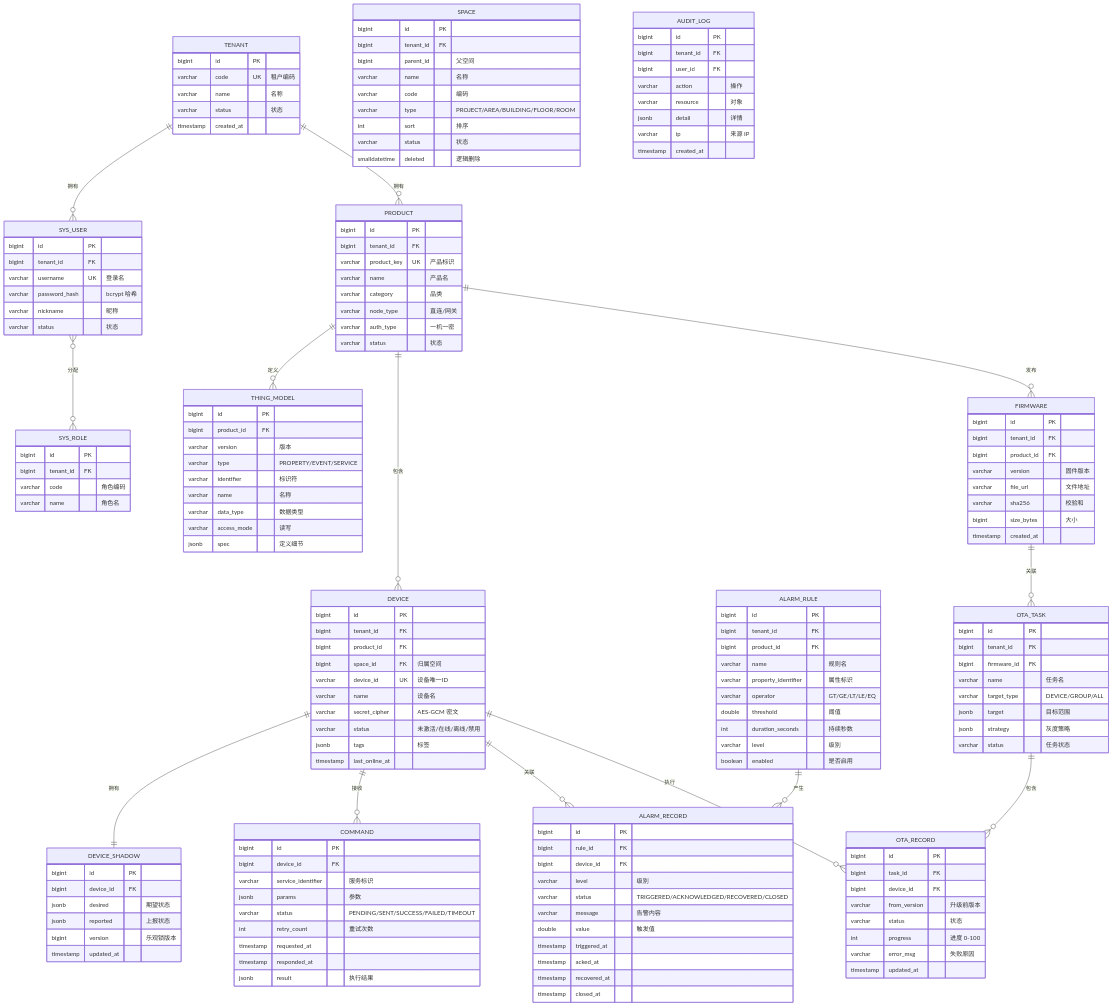
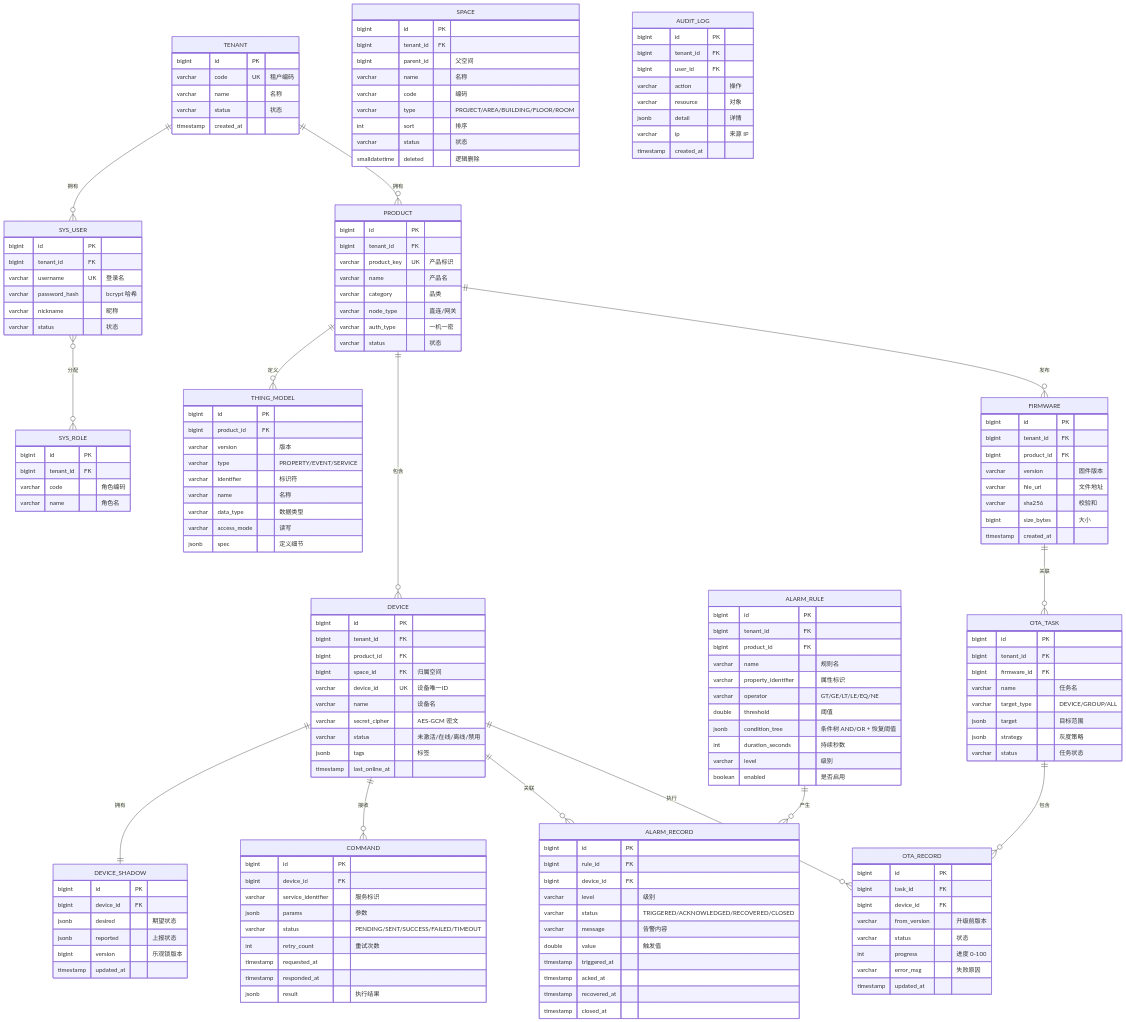
One commit to wuzhudexiaopacai/coherer changed diagram 13 of 15 in docs/design.md. Above: the diagram before and after it, drawn with Mermaid. The commit also changed 20 other files, not shown here.

```diff
--- a/docs/design.md
+++ b/docs/design.md
@@ -472,8 +472,9 @@
         bigint product_id FK
         varchar name "规则名"
         varchar property_identifier "属性标识"
-        varchar operator "GT/GE/LT/LE/EQ"
+        varchar operator "GT/GE/LT/LE/EQ/NE"
         double threshold "阈值"
+        jsonb condition_tree "条件树 AND/OR + 恢复阈值"
         int duration_seconds "持续秒数"
         varchar level "级别"
         boolean enabled "是否启用"
```
